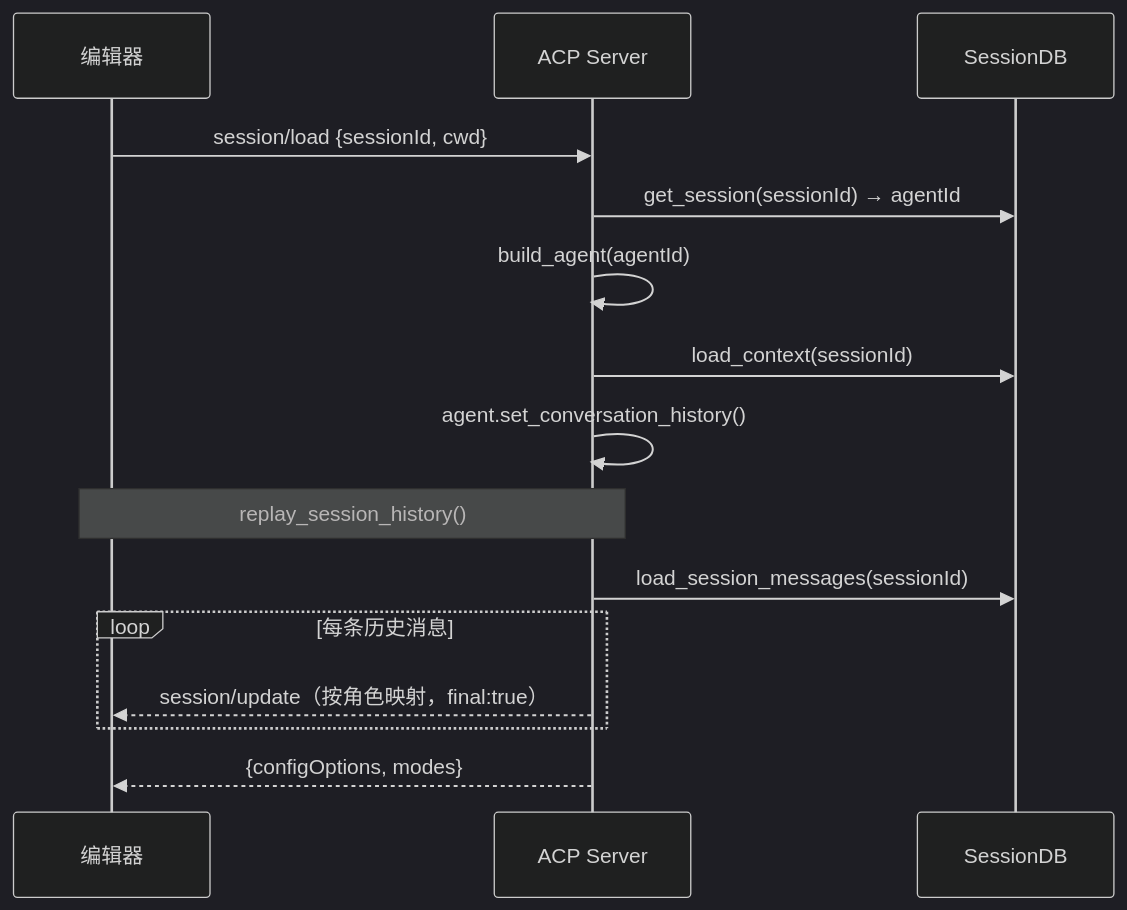
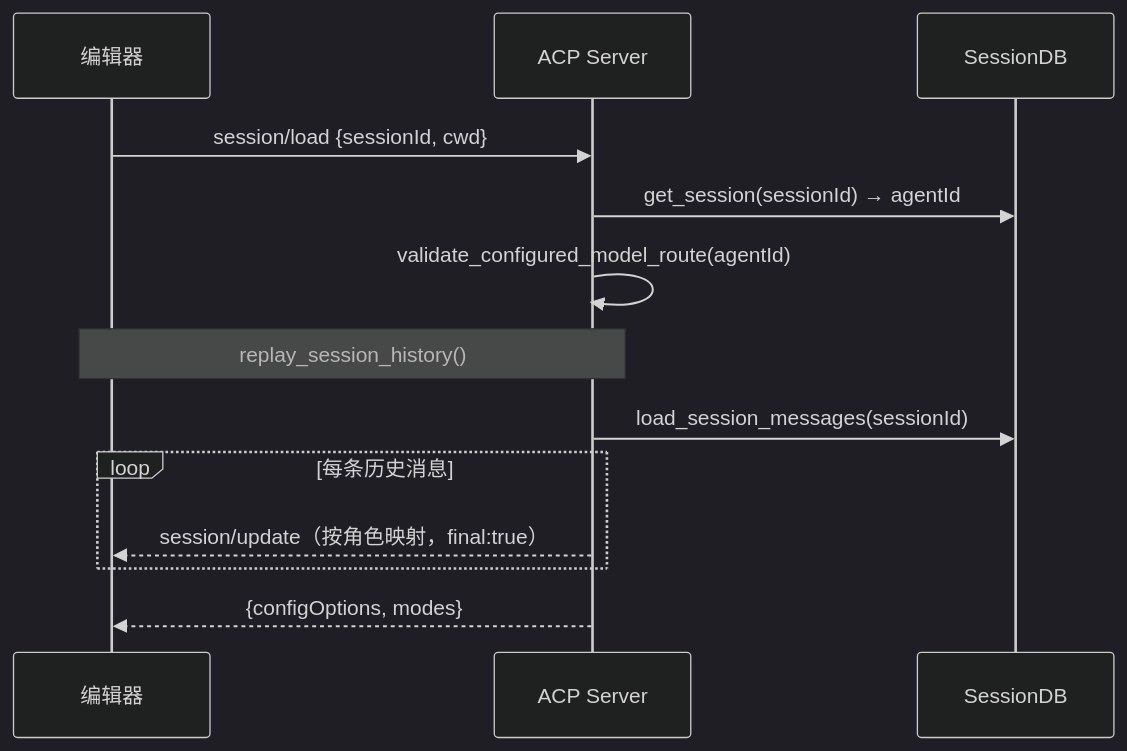
The sixth of 10 diagrams in docs/architecture/integration/acp.md (shiwenwen/hope-agent), drawn with Mermaid (dark theme) before and after one commit. The commit also changed other lines of this file and 230 other files, not shown here.

````diff
--- a/docs/architecture/integration/acp.md
+++ b/docs/architecture/integration/acp.md
@@ -266,19 +271,17 @@
 ```mermaid
 sequenceDiagram
     participant IDE as 编辑器
     participant ACP as ACP Server
     participant DB as SessionDB
 
     IDE->>ACP: session/load {sessionId, cwd}
     ACP->>DB: get_session(sessionId) → agentId
-    ACP->>ACP: build_agent(agentId)
-    ACP->>DB: load_context(sessionId)
-    ACP->>ACP: agent.set_conversation_history()
+    ACP->>ACP: validate_configured_model_route(agentId)
 
     Note over ACP,IDE: replay_session_history()
     ACP->>DB: load_session_messages(sessionId)
     loop 每条历史消息
         ACP-->>IDE: session/update（按角色映射，final:true）
     end
     ACP-->>IDE: {configOptions, modes}
 ```
````
